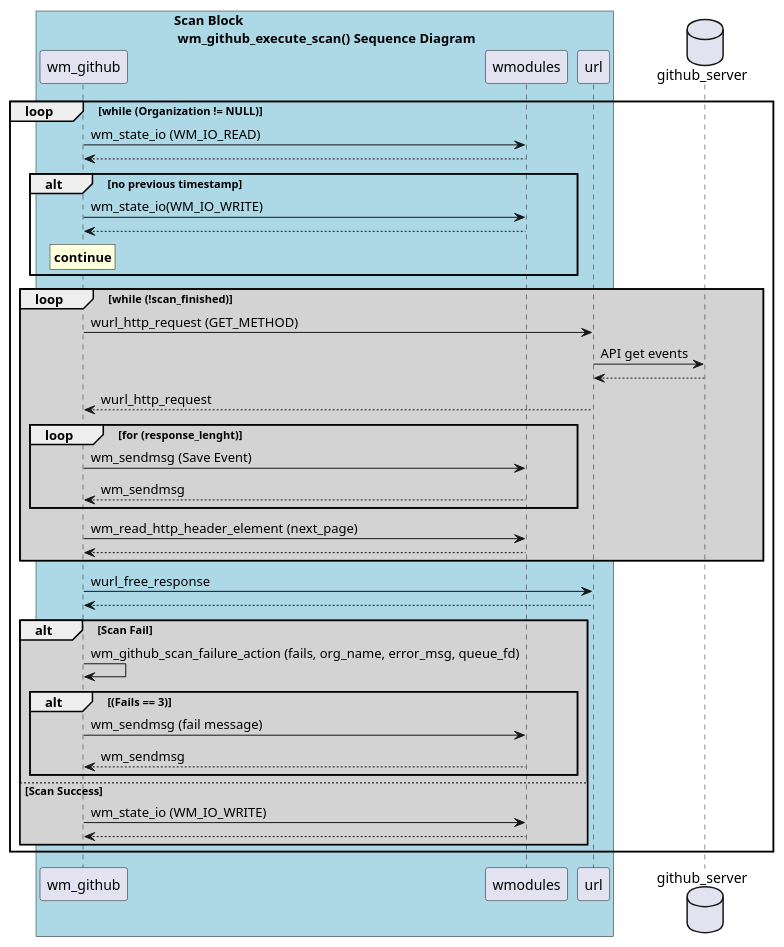
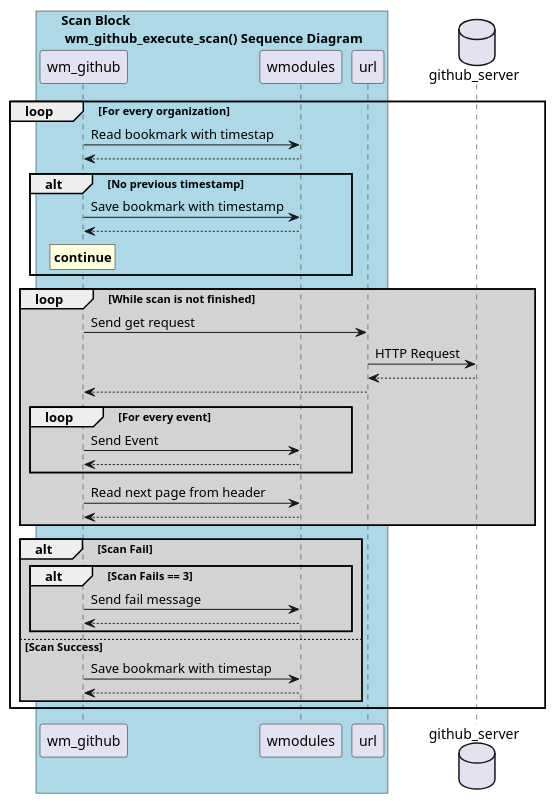
The diagram in architecture/wm_github/002-sequence-scan-block.puml (wazuh/wazuh-agent), drawn with PlantUML before and after one commit. The commit also changed 1 other file, not shown here.

Commit message:
Changed functions name by function description

```diff
--- a/architecture/wm_github/002-sequence-scan-block.puml
+++ b/architecture/wm_github/002-sequence-scan-block.puml
@@ -4,48 +4,44 @@
 @startuml wm_github
 
     box "Scan Block \n wm_github_execute_scan() Sequence Diagram" #LightBlue
     participant wm_github
     participant wmodules
     participant url
     end box
 
-    loop while (Organization != NULL)
-        wm_github -> wmodules : wm_state_io (WM_IO_READ)
+    loop For every organization
+        wm_github -> wmodules : Read bookmark with timestap
         wm_github <-- wmodules
 
-        alt no previous timestamp
-            wm_github -> wmodules : wm_state_io(WM_IO_WRITE)
+        alt No previous timestamp
+            wm_github -> wmodules : Save bookmark with timestamp
             wm_github <-- wmodules
             rnote over wm_github: **continue**
         end
 
-        loop #LightGrey while (!scan_finished)
+        loop #LightGrey While scan is not finished
 
-            wm_github -> url : wurl_http_request (GET_METHOD)
+            wm_github -> url : Send get request
             database github_server
-            url -> github_server : API get events
+            url -> github_server : HTTP Request
             url <-- github_server
-            wm_github <-- url : wurl_http_request 
-            loop for (response_lenght)
-                wm_github -> wmodules : wm_sendmsg (Save Event)
-                wm_github <-- wmodules : wm_sendmsg
+            wm_github <-- url
+            loop For every event
+                wm_github -> wmodules : Send Event
+                wm_github <-- wmodules
             end
 
-            wm_github -> wmodules : wm_read_http_header_element (next_page)
+            wm_github -> wmodules : Read next page from header
             wm_github <-- wmodules
         end
-        wm_github -> url : wurl_free_response
-        wm_github <-- url
-
         alt #LightGrey Scan Fail
-            wm_github -> wm_github : wm_github_scan_failure_action (fails, org_name, error_msg, queue_fd)
-            alt (Fails == 3)
-                wm_github -> wmodules : wm_sendmsg (fail message)
-                wm_github <-- wmodules : wm_sendmsg
+            alt Scan Fails == 3
+                wm_github -> wmodules : Send fail message
+                wm_github <-- wmodules
             end
         else Scan Success
-            wm_github -> wmodules : wm_state_io (WM_IO_WRITE)
+            wm_github -> wmodules : Save bookmark with timestap
             wm_github <-- wmodules
         end
     end
 @enduml
```
